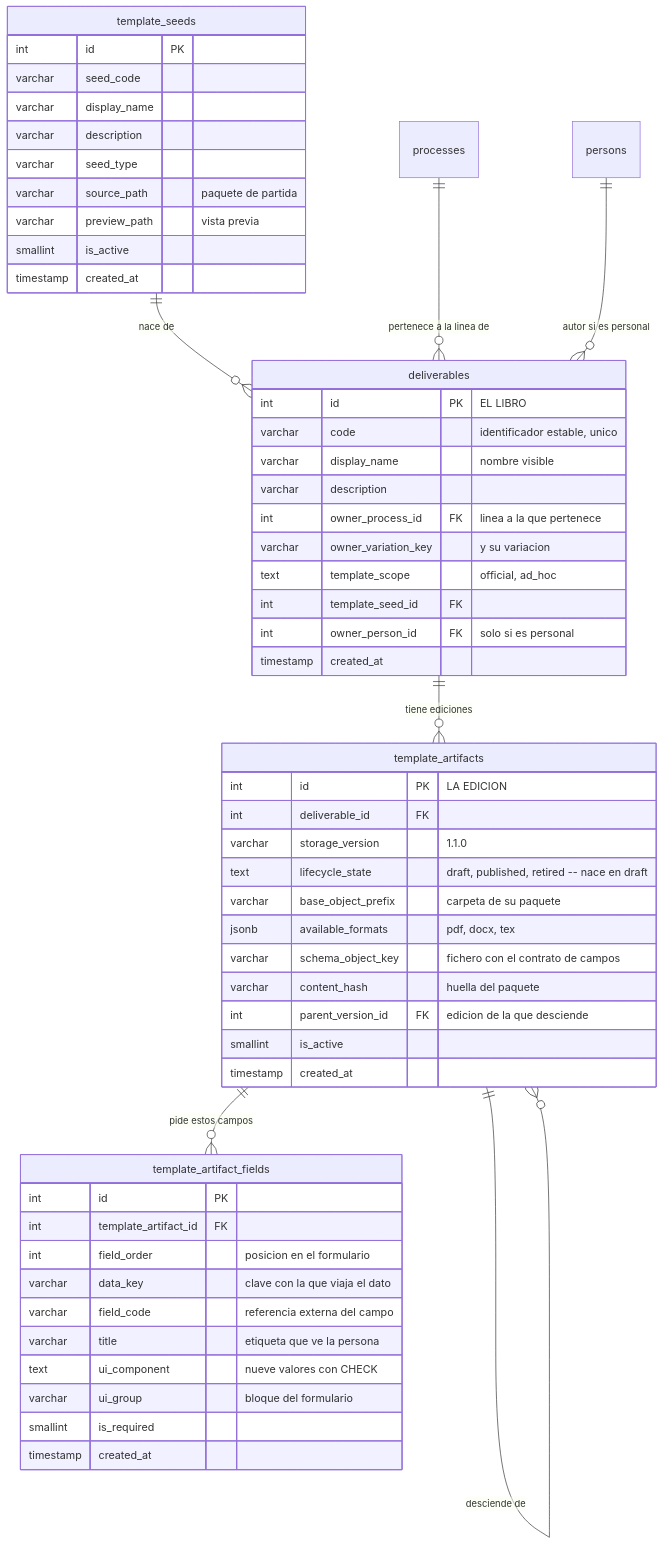
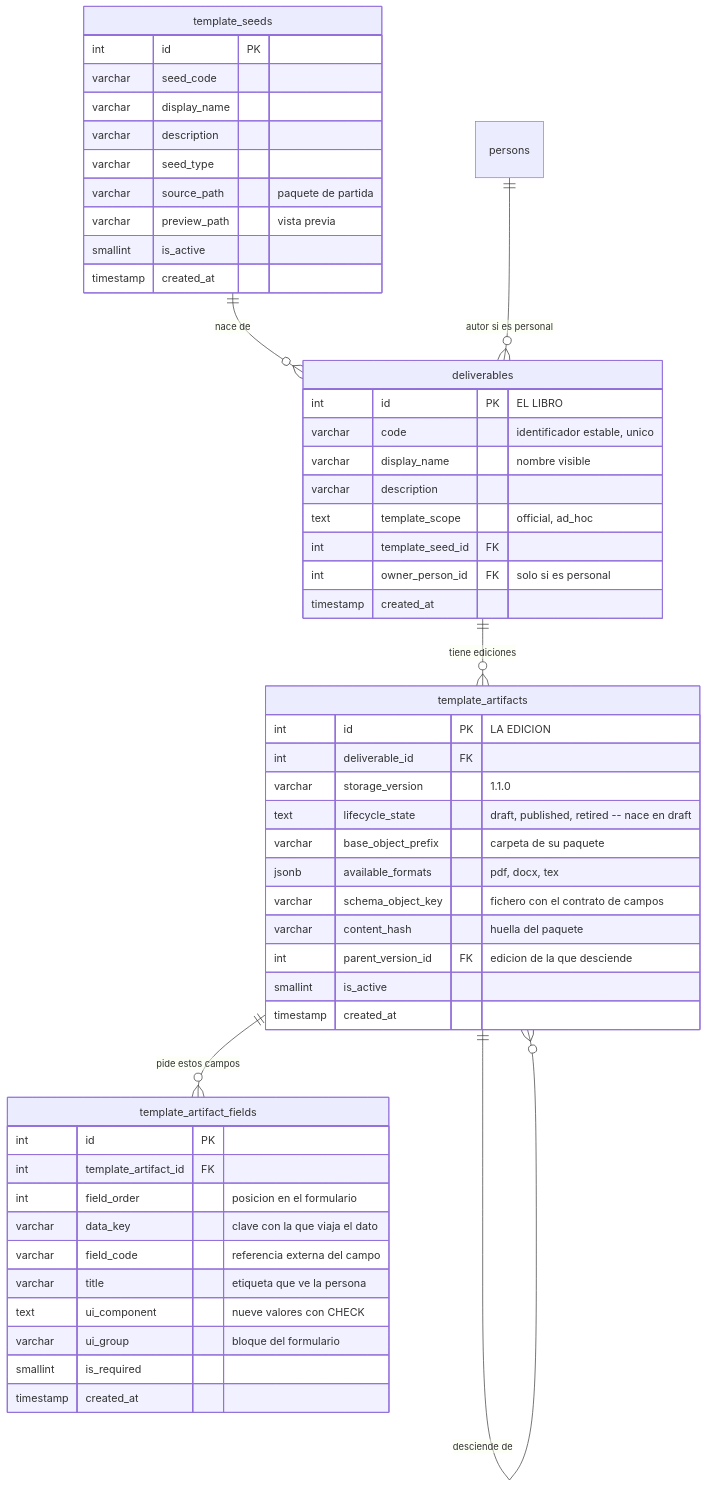
The diagram in docs/src/content/docs/modelo/entregable-y-ediciones.md (fresvel/deasy), drawn with Mermaid before and after one commit. The commit also changed other lines of this file and 43 other files, not shown here.

````diff
--- a/docs/src/content/docs/modelo/entregable-y-ediciones.md
+++ b/docs/src/content/docs/modelo/entregable-y-ediciones.md
@@ -97,58 +105,55 @@
 ```mermaid
 erDiagram
   deliverables ||--o{ template_artifacts : "tiene ediciones"
   template_seeds ||--o{ deliverables : "nace de"
-  processes ||--o{ deliverables : "pertenece a la linea de"
   persons ||--o{ deliverables : "autor si es personal"
   template_artifacts ||--o{ template_artifacts : "desciende de"
   template_artifacts ||--o{ template_artifact_fields : "pide estos campos"
 
   deliverables {
     int id PK "EL LIBRO"
     varchar code "identificador estable, unico"
     varchar display_name "nombre visible"
     varchar description
-    int owner_process_id FK "linea a la que pertenece"
-    varchar owner_variation_key "y su variacion"
     text template_scope "official, ad_hoc"
     int template_seed_id FK
     int owner_person_id FK "solo si es personal"
     timestamp created_at
   }
   template_artifacts {
     int id PK "LA EDICION"
     int deliverable_id FK
     varchar storage_version "1.1.0"
     text lifecycle_state "draft, published, retired -- nace en draft"
     varchar base_object_prefix "carpeta de su paquete"
     jsonb available_formats "pdf, docx, tex"
     varchar schema_object_key "fichero con el contrato de campos"
     varchar content_hash "huella del paquete"
     int parent_version_id FK "edicion de la que desciende"
     smallint is_active
     timestamp created_at
   }
   template_artifact_fields {
     int id PK
     int template_artifact_id FK
     int field_order "posicion en el formulario"
     varchar data_key "clave con la que viaja el dato"
     varchar field_code "referencia externa del campo"
     varchar title "etiqueta que ve la persona"
     text ui_component "nueve valores con CHECK"
     varchar ui_group "bloque del formulario"
     smallint is_required
     timestamp created_at
   }
   template_seeds {
     int id PK
     varchar seed_code
     varchar display_name
     varchar description
     varchar seed_type
     varchar source_path "paquete de partida"
     varchar preview_path "vista previa"
     smallint is_active
     timestamp created_at
   }
 ```
````
